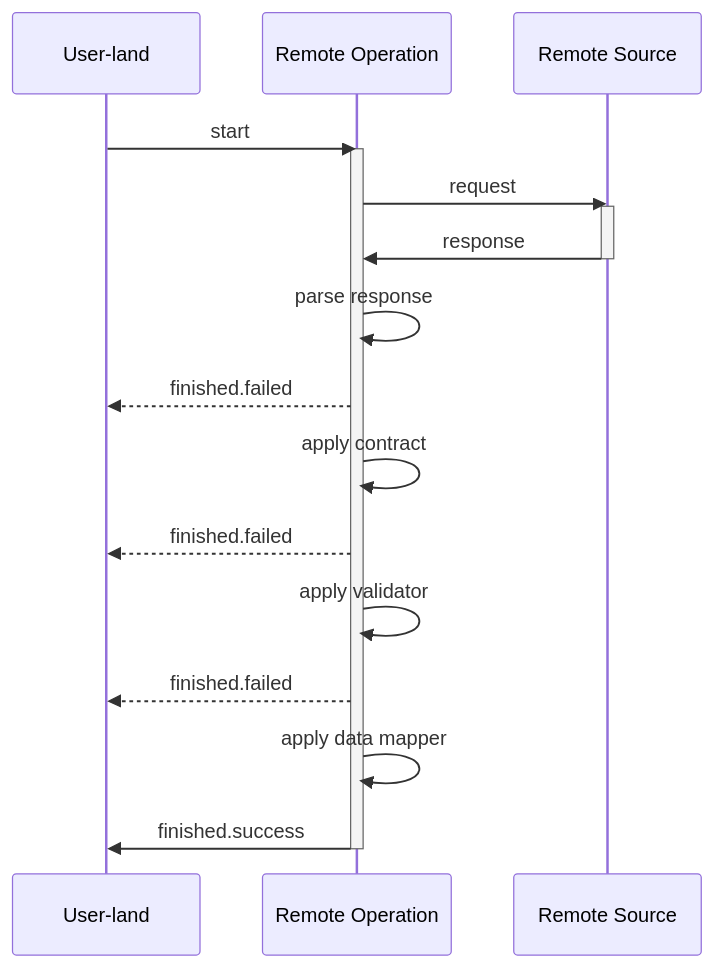
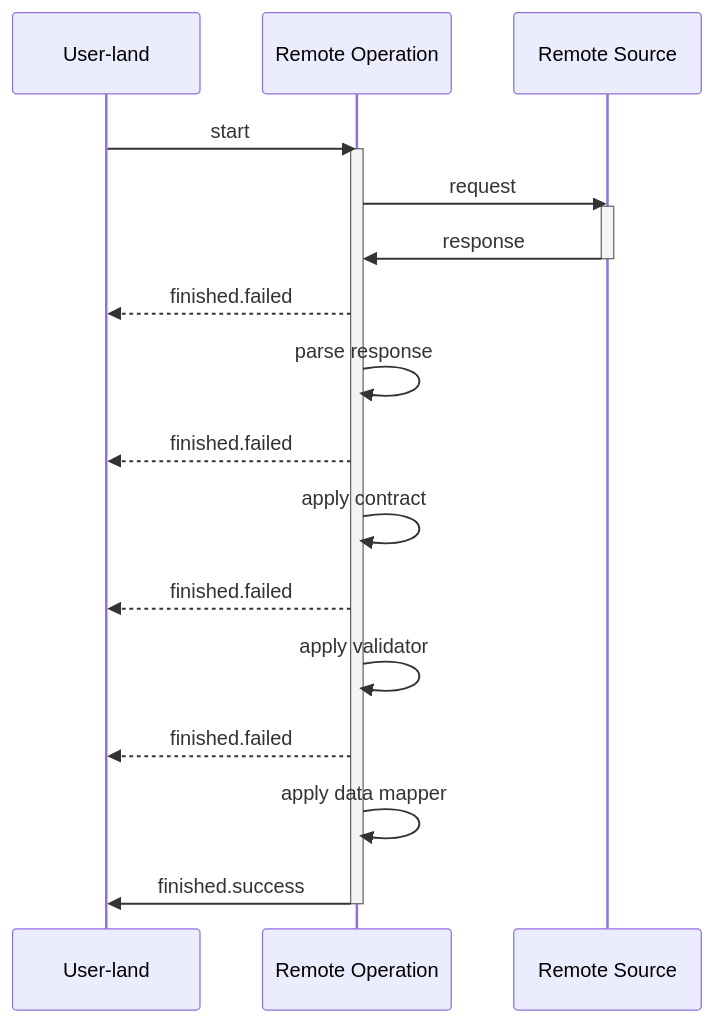
Before and after one commit to igorkamyshev/farfetched: the diagram in apps/website/docs/recipes/data_flow.md, drawn with Mermaid. The commit also changed other lines of this file, not shown here.

````diff
--- a/apps/website/docs/recipes/data_flow.md
+++ b/apps/website/docs/recipes/data_flow.md
@@ -9,32 +9,29 @@
 ```mermaid
 sequenceDiagram
     participant A as User-land
     participant C as Remote Operation
     participant S as Remote Source
 
     A->>C: start
     activate C
 
     C->>S: request
     activate S
     S->>C: response
     deactivate S
+    C-->>A: finished.failed
 
     C->>C: parse response
-
     C-->>A: finished.failed
 
     C->>C: apply contract
-
     C-->>A: finished.failed
 
     C->>C: apply validator
-
     C-->>A: finished.failed
 
     C->>C: apply data mapper
-
     C->>A: finished.success
 
     deactivate C
 ```
````
